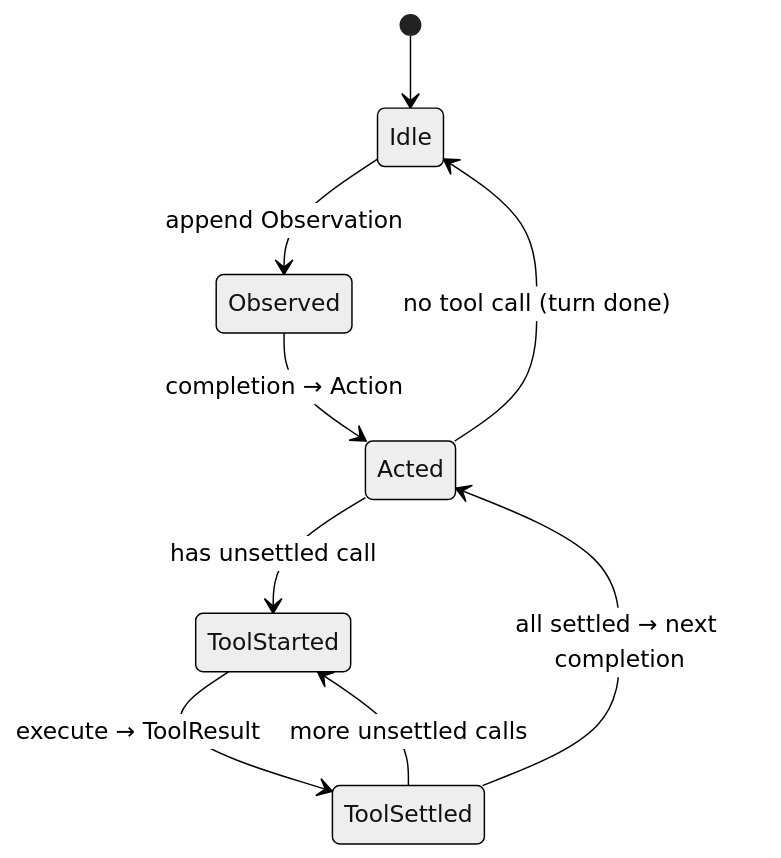
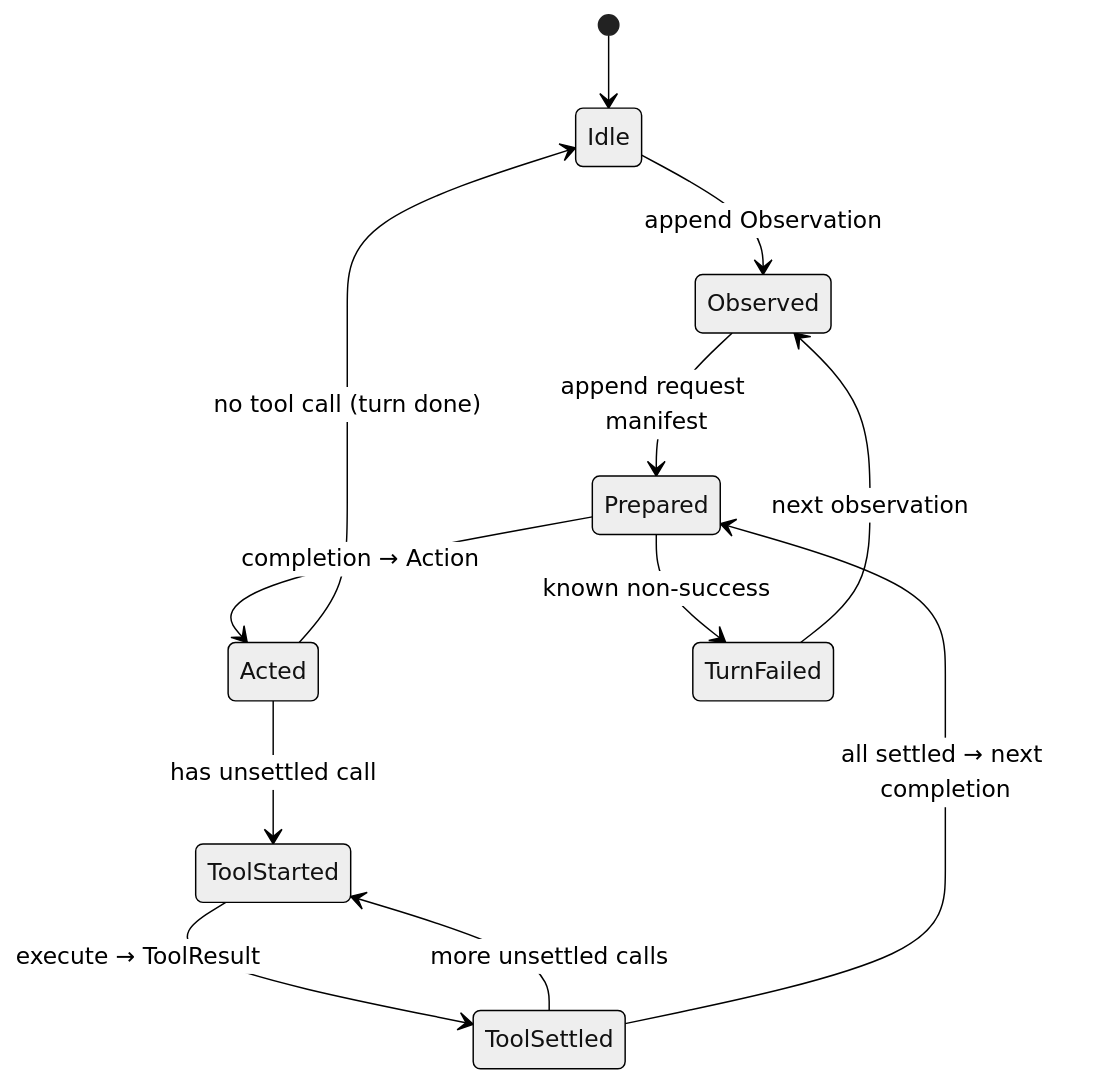
Before and after one commit to Atelia-org/atelia: the diagram in docs/SessionJournal/session-journal-trunk-design.md, drawn with Mermaid (neutral theme). The commit also changed other lines of this file and 2 other files, not shown here.

Commit message:
Document SessionJournal CS-3A completion

````diff
--- a/docs/SessionJournal/session-journal-trunk-design.md
+++ b/docs/SessionJournal/session-journal-trunk-design.md
@@ -66,11 +76,14 @@
 ```mermaid
 stateDiagram-v2
     [*] --> Idle
     Idle --> Observed: append Observation
-    Observed --> Acted: completion → Action
+    Observed --> Prepared: append request manifest
+    Prepared --> Acted: completion → Action
+    Prepared --> TurnFailed: known non-success
+    TurnFailed --> Observed: next observation
     Acted --> ToolStarted: has unsettled call
     Acted --> Idle: no tool call (turn done)
     ToolStarted --> ToolSettled: execute → ToolResult
     ToolSettled --> ToolStarted: more unsettled calls
-    ToolSettled --> Acted: all settled → next completion
+    ToolSettled --> Prepared: all settled → next completion
 ```
````
